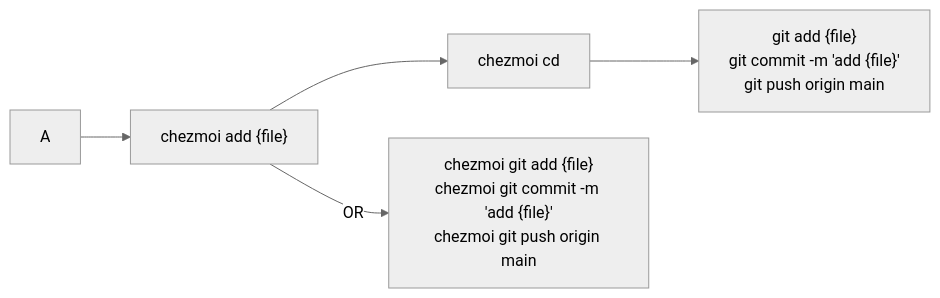
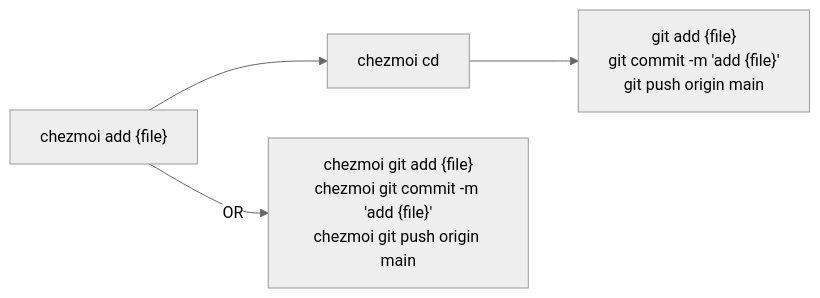
One commit to wifecooky/aifan-docusaurus changed the second of 3 diagrams in blog/2023-10-29-chezmoi.md. Above: the diagram before and after it, drawn with Mermaid (neutral theme). The commit also changed other lines of this file and 1 other file, not shown here.

````diff
--- a/blog/2023-10-29-chezmoi.md
+++ b/blog/2023-10-29-chezmoi.md
@@ -64,7 +64,6 @@
 ```mermaid
 graph LR;
-    A --> C["chezmoi add {file}"];
-    C --> D["chezmoi cd"];
+    C["chezmoi add {file}"] --> D["chezmoi cd"];
     D --> E["git add {file}\ngit commit -m 'add {file}'\ngit push origin main"];
     C --OR--> F["chezmoi git add {file}\nchezmoi git commit -m 'add {file}'\nchezmoi git push origin main"];
 ```
````
